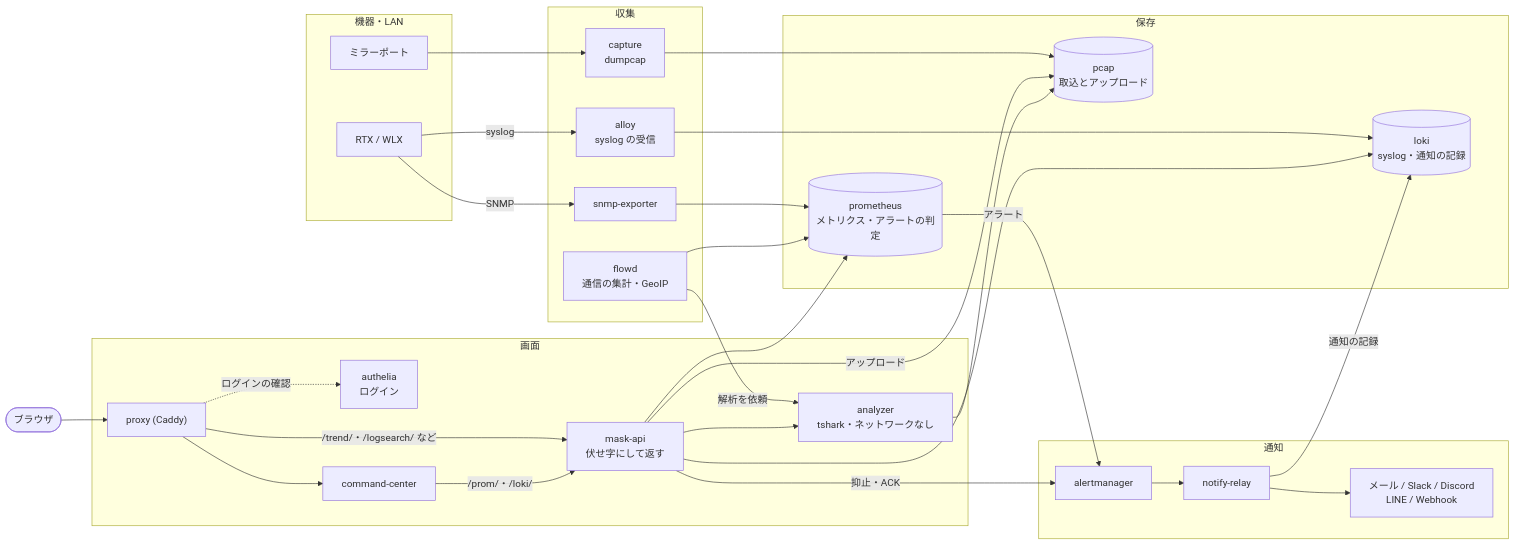
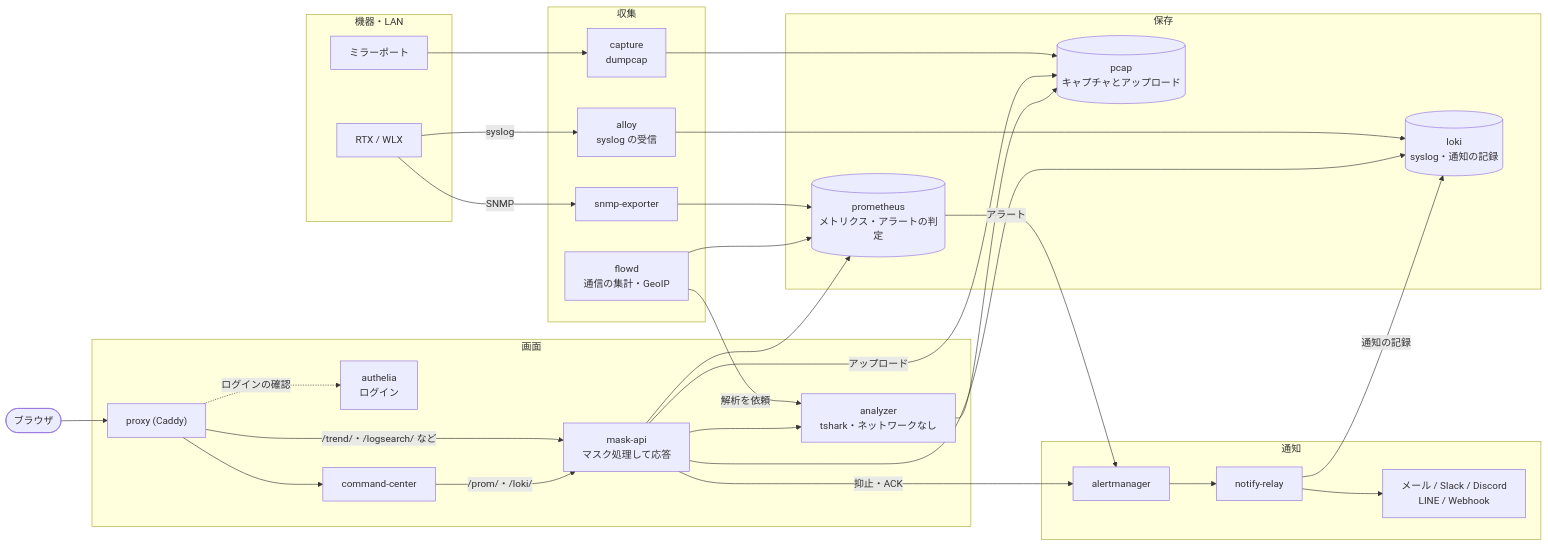
The diagram in README.md (c-ardinal/GeoFront-NW), drawn with Mermaid before and after one commit. The commit also changed other lines of this file and 15 other files, not shown here.

````diff
--- a/README.md
+++ b/README.md
@@ -22,56 +22,56 @@
 ```mermaid
 flowchart LR
   subgraph SRC["機器・LAN"]
     DEV["RTX / WLX"]
     MIR["ミラーポート"]
   end
 
   subgraph COL["収集"]
     SNMP["snmp-exporter"]
     ALLOY["alloy<br/>syslog の受信"]
     CAP["capture<br/>dumpcap"]
     FLOWD["flowd<br/>通信の集計・GeoIP"]
   end
 
   subgraph STORE["保存"]
     PROM[("prometheus<br/>メトリクス・アラートの判定")]
     LOKI[("loki<br/>syslog・通知の記録")]
-    PCAP[("pcap<br/>取込とアップロード")]
+    PCAP[("pcap<br/>キャプチャとアップロード")]
   end
 
   subgraph ALERT["通知"]
     AM["alertmanager"]
     RELAY["notify-relay"]
     EXT["メール / Slack / Discord<br/>LINE / Webhook"]
   end
 
   subgraph WEB["画面"]
     PROXY["proxy (Caddy)"]
     AUTH["authelia<br/>ログイン"]
     CC["command-center"]
-    MASK["mask-api<br/>伏せ字にして返す"]
+    MASK["mask-api<br/>マスク処理して応答"]
     ANA["analyzer<br/>tshark・ネットワークなし"]
   end
 
   USER(["ブラウザ"])
 
   DEV -- "SNMP" --> SNMP --> PROM
   DEV -- "syslog" --> ALLOY --> LOKI
   MIR --> CAP --> PCAP
   FLOWD -- "解析を依頼" --> ANA
   FLOWD --> PROM
   PROM -- "アラート" --> AM --> RELAY --> EXT
   RELAY -- "通知の記録" --> LOKI
 
   USER --> PROXY
   PROXY -. "ログインの確認" .-> AUTH
   PROXY --> CC
   PROXY -- "/trend/・/logsearch/ など" --> MASK
   CC -- "/prom/・/loki/" --> MASK
   MASK --> PROM
   MASK --> LOKI
   MASK -- "抑止・ACK" --> AM
   MASK --> ANA
   MASK -- "アップロード" --> PCAP
   ANA --> PCAP
 ```
````
